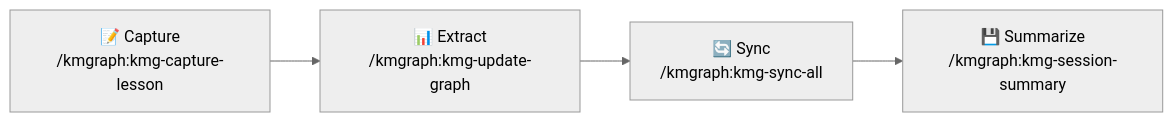
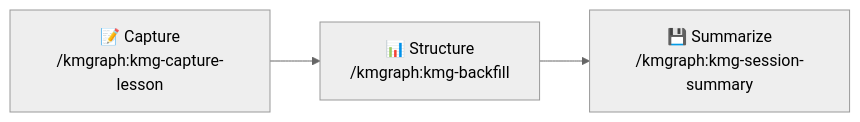
One commit to technomensch/knowledge-graph changed the diagram in docs/quickstart.mdx. Above: the diagram before and after it, drawn with Mermaid. The commit also changed other lines of this file and 36 other files, not shown here.

First line of the commit message:
docs: workflow-stage restructure (ENH-034 primary deliverable) + kmg-backfill reference sweep

````diff
--- a/docs/quickstart.mdx
+++ b/docs/quickstart.mdx
@@ -130,10 +130,9 @@
 ```mermaid
 %%{init: { 'flowchart': { 'useMaxWidth': true }, 'theme': 'neutral' }}%%
 graph LR
-    A["📝 Capture<br/>/kmgraph:kmg-capture-lesson"] --> B["📊 Extract<br/>/kmgraph:kmg-update-graph"]
-    B --> C["🔄 Sync<br/>/kmgraph:kmg-sync-all"]
-    C --> D["💾 Summarize<br/>/kmgraph:kmg-session-summary"]
+    A["📝 Capture<br/>/kmgraph:kmg-capture-lesson"] --> B["📊 Structure<br/>/kmgraph:kmg-backfill"]
+    B --> C["💾 Summarize<br/>/kmgraph:kmg-session-summary"]
 
     accTitle: Knowledge Capture Pipeline
-    accDescr: Four-step workflow: Capture lessons feeds into Extract patterns, which feeds into Sync across graphs, which feeds into Summarize session.
+    accDescr: Three-step workflow: Capture lessons feeds into Structure (index into the graph), which feeds into Summarize session.
 ```
````
